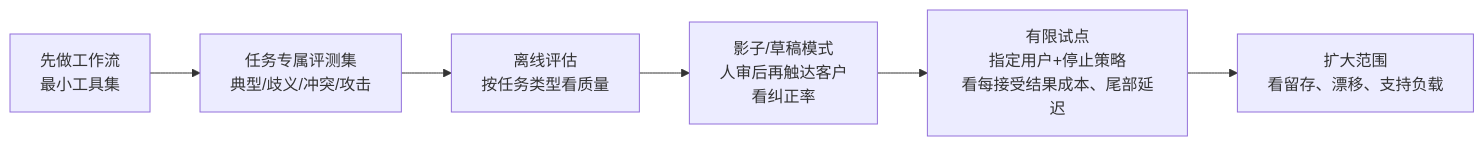
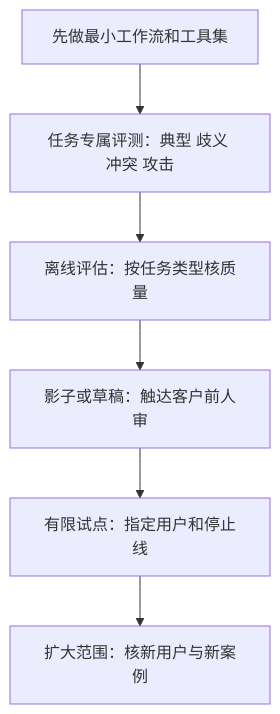
Diagram 11 of 11 in IS5542_GenAI_in_Business/notes/M03-AI-agent-从harness到部署.md (CercaTrovato/cityu-ai-course-notes), drawn with Mermaid before and after one commit. The commit also changed other lines of this file and 224 other files, not shown here.

First line of the commit message:
完善五门课图文可读性并更新仓库首页

````diff
--- a/IS5542_GenAI_in_Business/notes/M03-AI-agent-从harness到部署.md
+++ b/IS5542_GenAI_in_Business/notes/M03-AI-agent-从harness到部署.md
@@ -3033,8 +5250,8 @@
 ```mermaid
-flowchart LR
-    W[先做工作流<br/>最小工具集] --> EV[任务专属评测集<br/>典型/歧义/冲突/攻击]
-    EV --> OFF[离线评估<br/>按任务类型看质量]
-    OFF --> SH[影子/草稿模式<br/>人审后再触达客户<br/>看纠正率]
-    SH --> PI[有限试点<br/>指定用户+停止策略<br/>看每接受结果成本、尾部延迟]
-    PI --> EX[扩大范围<br/>看留存、漂移、支持负载]
+flowchart TD
+ W[先做最小工作流和工具集] --> EV[任务专属评测：典型 歧义 冲突 攻击]
+ EV --> OFF[离线评估：按任务类型核质量]
+ OFF --> SH[影子或草稿：触达客户前人审]
+ SH --> PI[有限试点：指定用户和停止线]
+ PI --> EX[扩大范围：核新用户与新案例]
 ```
````
